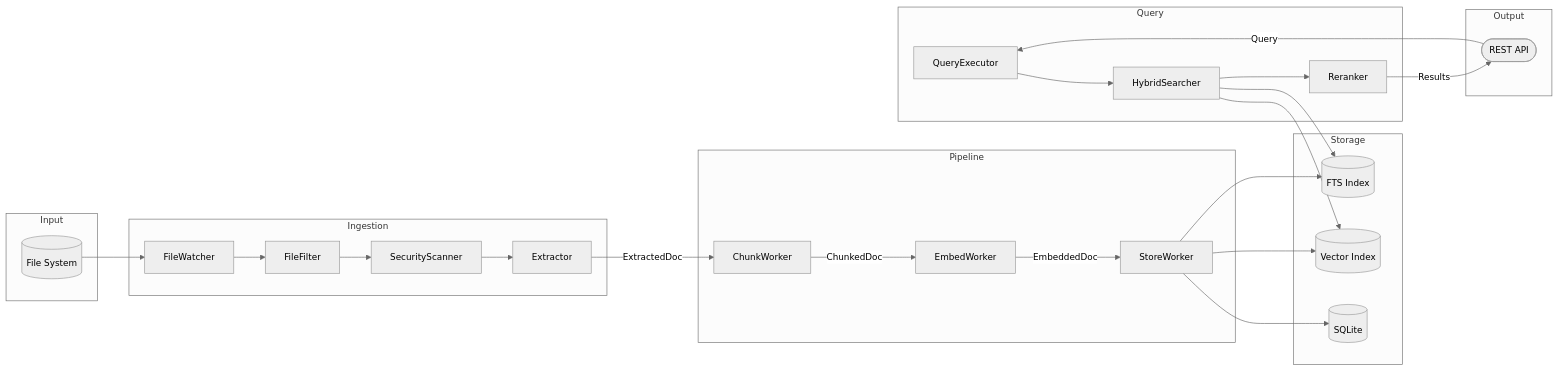
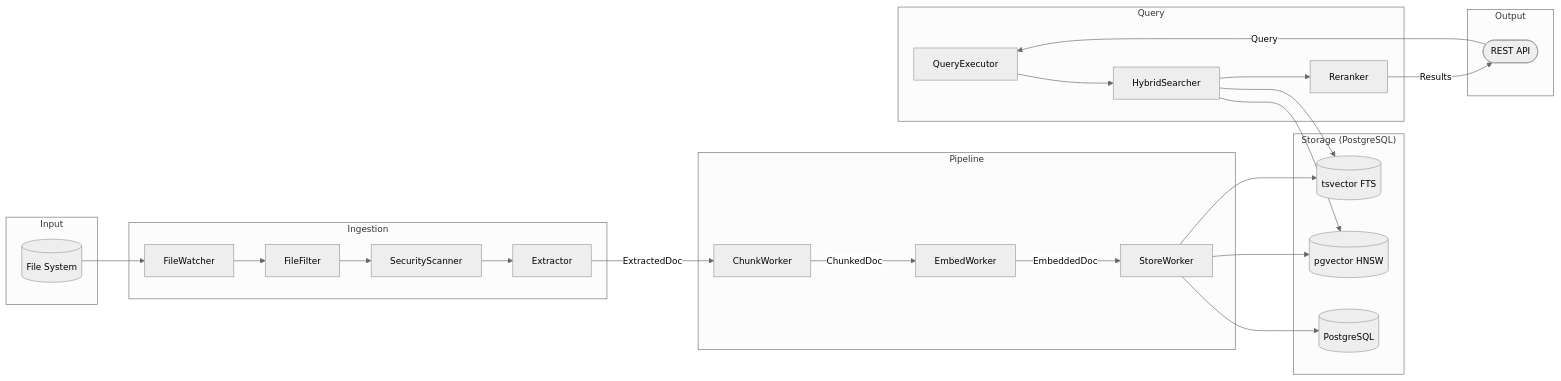
Before and after one commit to KatanaQuant/rag-kb: the diagram in docs/diagrams/data-flow.mmd, drawn with Mermaid. The commit also changed 114 other files, not shown here.

First line of the commit message:
v2.3.0-beta: PostgreSQL + pgvector migration

```diff
--- a/docs/diagrams/data-flow.mmd
+++ b/docs/diagrams/data-flow.mmd
@@ -1,52 +1,52 @@
 %%{init: {'theme': 'neutral', 'themeVariables': { 'fontSize': '14px' }}}%%
 flowchart LR
     subgraph input["Input"]
         fs[(File System)]
     end
 
     subgraph ingestion["Ingestion"]
         fw[FileWatcher]
         ff[FileFilter]
         ss[SecurityScanner]
         ex[Extractor]
     end
 
     subgraph pipeline["Pipeline"]
         cw[ChunkWorker]
         ew[EmbedWorker]
         sw[StoreWorker]
     end
 
-    subgraph storage["Storage"]
-        db[(SQLite)]
-        vec[(Vector Index)]
-        fts[(FTS Index)]
+    subgraph storage["Storage (PostgreSQL)"]
+        db[(PostgreSQL)]
+        vec[(pgvector HNSW)]
+        fts[(tsvector FTS)]
     end
 
     subgraph query["Query"]
         qe[QueryExecutor]
         hs[HybridSearcher]
         rr[Reranker]
     end
 
     subgraph output["Output"]
         api([REST API])
     end
 
     fs --> fw
     fw --> ff
     ff --> ss
     ss --> ex
     ex -->|ExtractedDoc| cw
     cw -->|ChunkedDoc| ew
     ew -->|EmbeddedDoc| sw
     sw --> db
     sw --> vec
     sw --> fts
 
     api -->|Query| qe
     qe --> hs
     hs --> vec
     hs --> fts
     hs --> rr
     rr -->|Results| api
```
